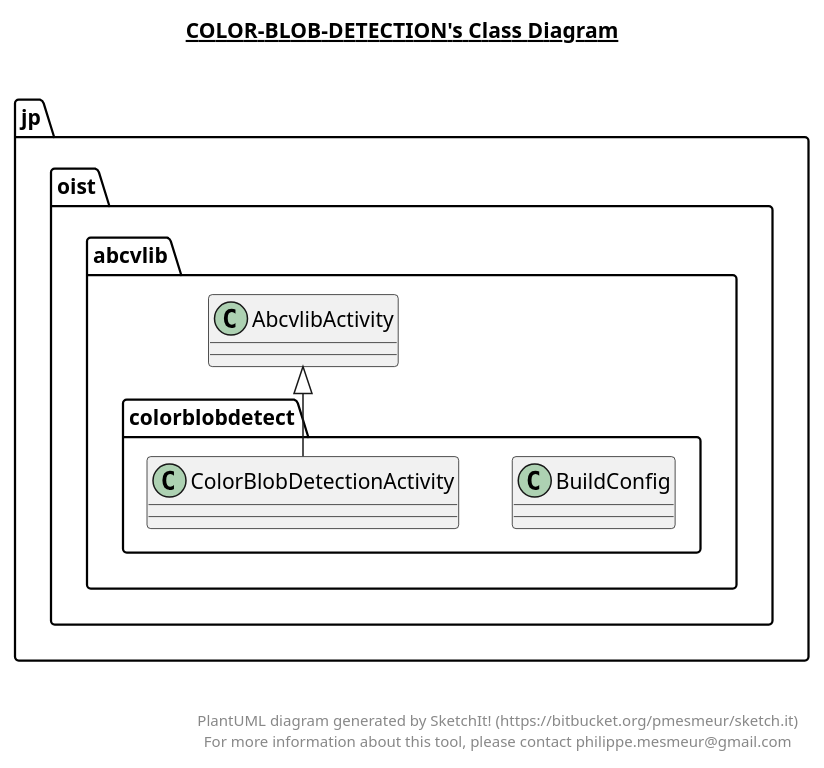
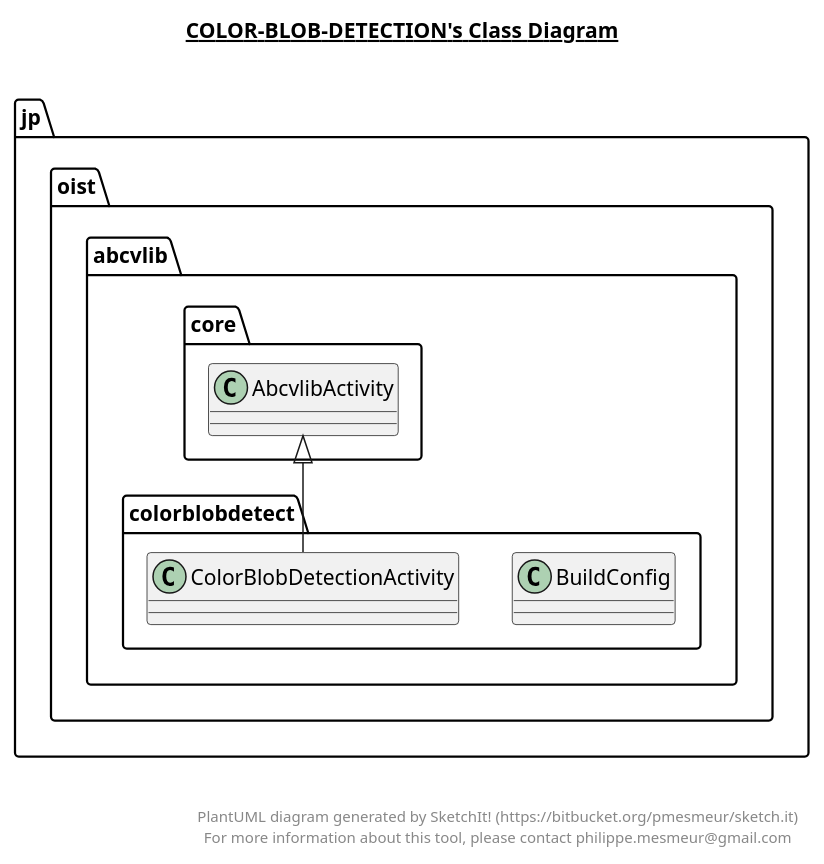
Before and after one commit to oist/smartphone-robot-android: the diagram in colorBlobFollower/color-blob-detection.plantuml, drawn with PlantUML. The commit also changed 236 other files, not shown here.

```diff
--- a/colorBlobFollower/color-blob-detection.plantuml
+++ b/colorBlobFollower/color-blob-detection.plantuml
@@ -1,27 +1,27 @@
 @startuml
 
 title __COLOR-BLOB-DETECTION's Class Diagram__\n
 
   namespace jp.oist.abcvlib.colorblobdetect {
     class jp.oist.abcvlib.colorblobdetect.BuildConfig {
     }
   }
   
 
   namespace jp.oist.abcvlib.colorblobdetect {
     class jp.oist.abcvlib.colorblobdetect.ColorBlobDetectionActivity {
     }
   }
   
 
-  jp.oist.abcvlib.colorblobdetect.ColorBlobDetectionActivity -up-|> jp.oist.abcvlib.AbcvlibActivity
+  jp.oist.abcvlib.colorblobdetect.ColorBlobDetectionActivity -up-|> jp.oist.abcvlib.core.AbcvlibActivity
 
 
 right footer
 
 
 PlantUML diagram generated by SketchIt! (https://bitbucket.org/pmesmeur/sketch.it)
 For more information about this tool, please contact philippe.mesmeur@gmail.com
 endfooter
 
 @enduml
```
